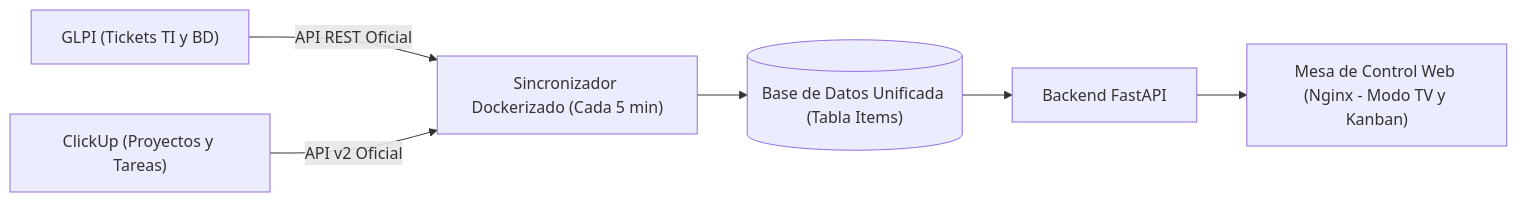
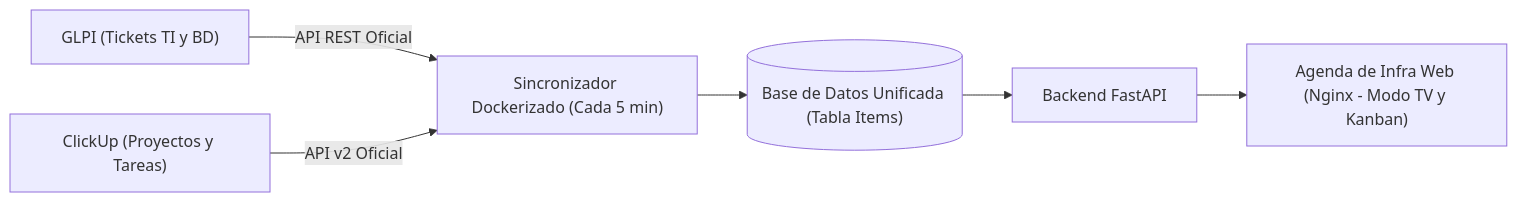
One commit to JuanFZ/infra-agenda changed the first of 2 diagrams in PROPUESTA_MEJORAS_FASE2.md. Above: the diagram before and after it, drawn with Mermaid. The commit also changed other lines of this file and 1 other file, not shown here.

Commit message:
feat: agregar favicon sycom.png y branding oficial Agenda de Infra

````diff
--- a/PROPUESTA_MEJORAS_FASE2.md
+++ b/PROPUESTA_MEJORAS_FASE2.md
@@ -14,8 +14,8 @@
 ```mermaid
 flowchart LR
     GLPI["GLPI (Tickets TI y BD)"] -->|API REST Oficial| SYNC["Sincronizador Dockerizado (Cada 5 min)"]
     CU["ClickUp (Proyectos y Tareas)"] -->|API v2 Oficial| SYNC
     SYNC --> DB[("Base de Datos Unificada (Tabla Items)")]
     DB --> API["Backend FastAPI"]
-    API --> WEB["Mesa de Control Web (Nginx - Modo TV y Kanban)"]
+    API --> WEB["Agenda de Infra Web (Nginx - Modo TV y Kanban)"]
 ```
````
